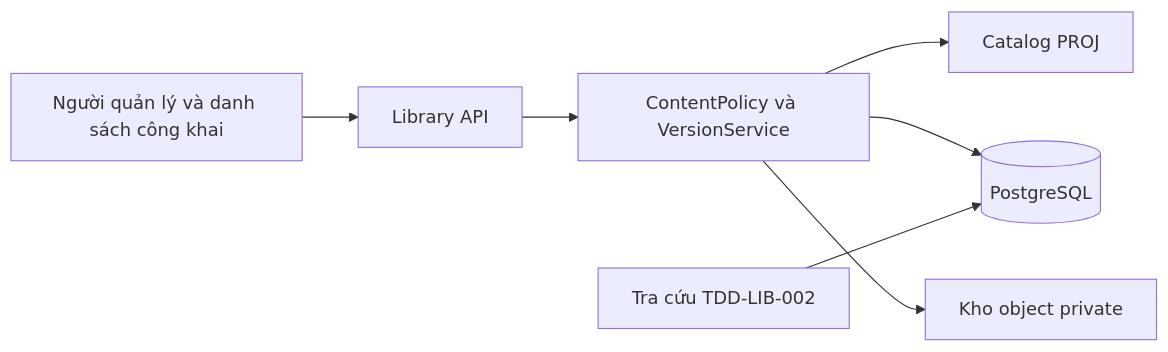
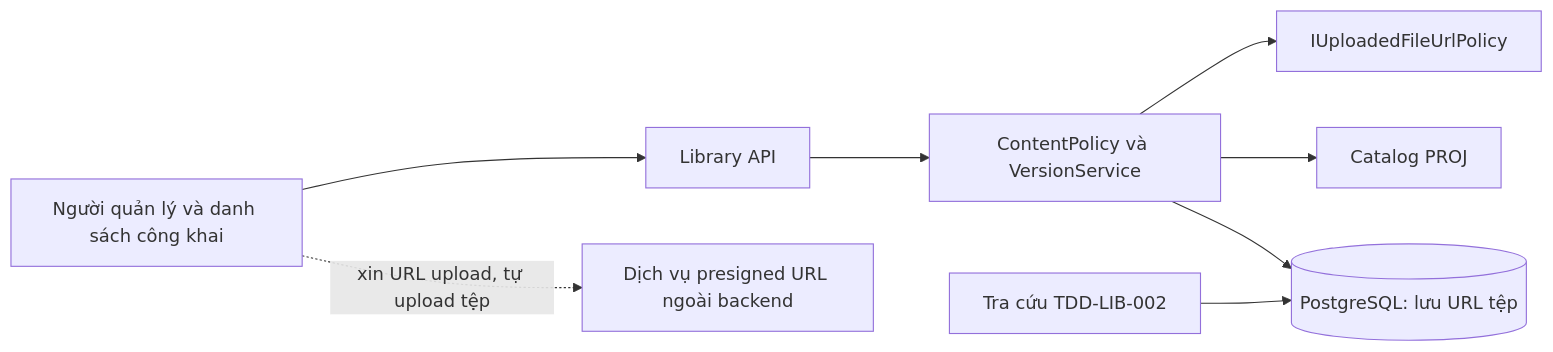
One commit to TaskCoper/bmt-documentation changed the first of 5 diagrams in tdd/TDD-LIB-001.md. Above: the diagram before and after it, drawn with Mermaid. The commit also changed other lines of this file and 25 other files, not shown here.

First line of the commit message:
docs: trả nợ tài liệu sau đợt 2 (CSRF, lưu URL cho PROJ/LIB, SUB, RBAC, PAY)

````diff
--- a/tdd/TDD-LIB-001.md
+++ b/tdd/TDD-LIB-001.md
@@ -90,9 +93,10 @@
 ```mermaid
 flowchart LR
     UI[Người quản lý và danh sách công khai] --> API[Library API]
+    UI -.->|xin URL upload, tự upload tệp| P[Dịch vụ presigned URL ngoài backend]
     API --> LIB[ContentPolicy và VersionService]
+    LIB --> URLP[IUploadedFileUrlPolicy]
     LIB --> CAT[Catalog PROJ]
-    LIB --> DB[(PostgreSQL)]
-    LIB --> STORE[Kho object private]
+    LIB --> DB[(PostgreSQL: lưu URL tệp)]
     VIEW[Tra cứu TDD-LIB-002] --> DB
 ```
````
